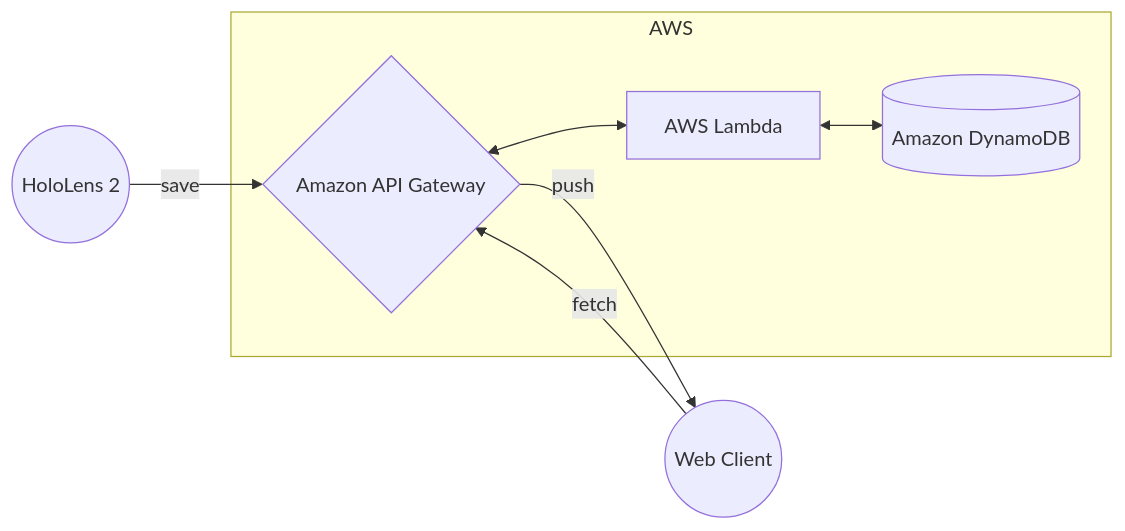
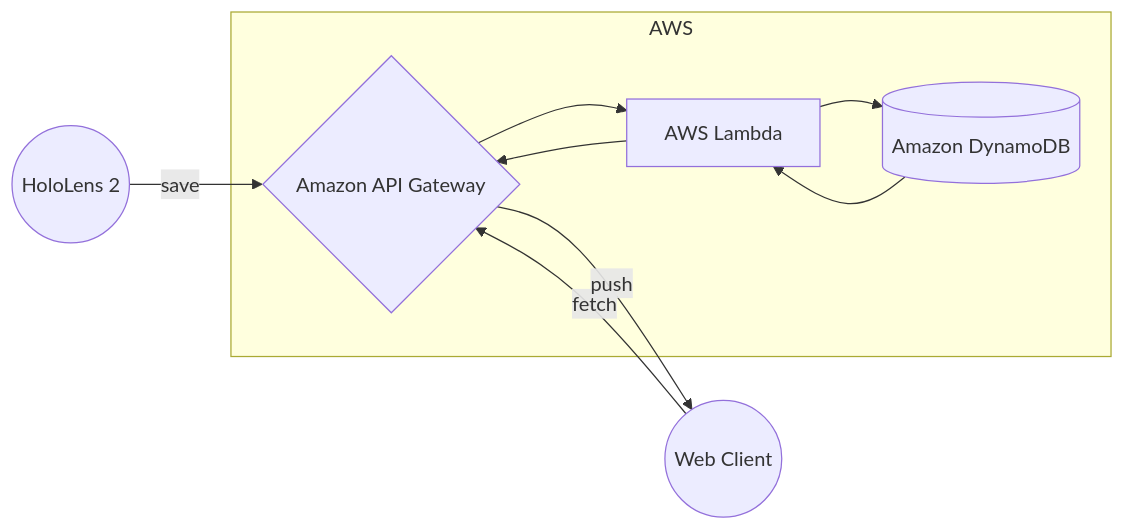
The diagram in README.md (ajfAfg/talkoger), drawn with Mermaid before and after one commit.

Commit message:
fix the Mermaid figure

````diff
--- a/README.md
+++ b/README.md
@@ -16,18 +16,20 @@
 ```mermaid
   graph LR
 
   c1((HoloLens 2))
   c2((Web Client))
   s1{Amazon API Gateway}
   s2["AWS Lambda"]
   s3[(Amazon DynamoDB)]
 
   c1 -- save --> s1
   c2 -- fetch --> s1
   s1 -- push --> c2
 
   subgraph AWS
-  s1 <--> s2
-  s2 <--> s3
+  s1 --> s2
+  s2 --> s1
+  s2 --> s3
+  s3 --> s2
   end
 ```
````
